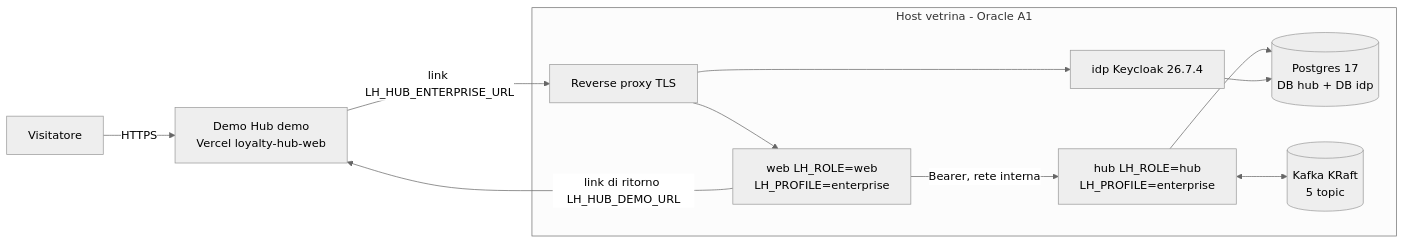
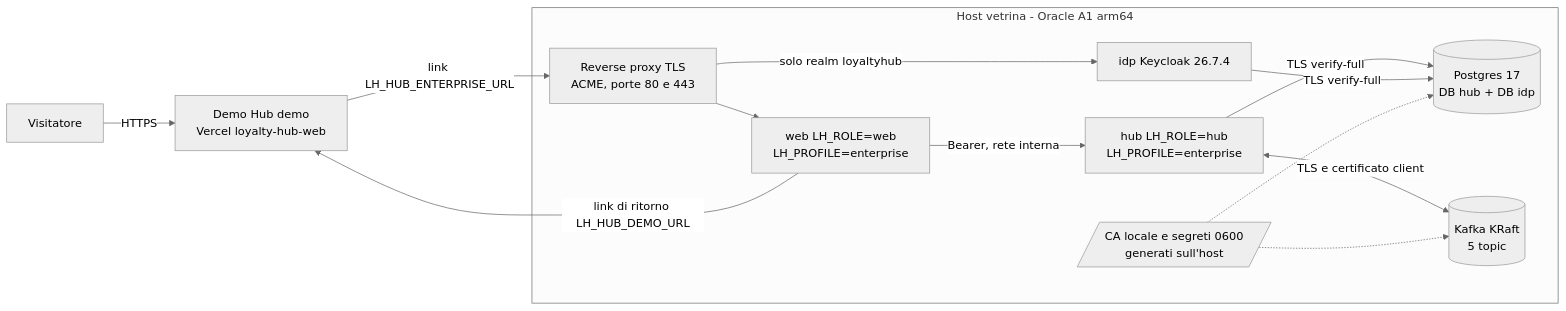
The first of 3 diagrams in concetti/vetrina-enterprise.mdx (peppe-ruv/Loyalty_Sys), drawn with Mermaid (neutral theme) before and after one commit. The commit also changed other lines of this file and 18 other files, not shown here.

First line of the commit message:
feat(deploy): overlay vetrina del compose di riferimento [F2-DIST-03, F2-DIST-09, ADR-049, Q-616, Q-620, Q-621, Q-624]

````diff
--- a/concetti/vetrina-enterprise.mdx
+++ b/concetti/vetrina-enterprise.mdx
@@ -21,16 +21,18 @@
 ```mermaid
 flowchart LR
   accTitle: Vetrina enterprise ospitata
-  accDescr: Il Demo Hub su Vercel collega la vetrina enterprise, che gira su un solo host con reverse proxy TLS, web, hub, Keycloak, Postgres e Kafka propri.
+  accDescr: Il Demo Hub su Vercel collega la vetrina enterprise, che gira su un solo host arm64. Solo il reverse proxy TLS con certificati ACME è esposto; inoltra al web e al solo realm di Keycloak. Hub e Keycloak parlano con Postgres in TLS verificato e l'hub con Kafka in TLS con certificato del client, firmati da una CA locale generata sull'host.
   V[Visitatore] -->|HTTPS| DH[Demo Hub demo<br/>Vercel loyalty-hub-web]
   DH -->|link LH_HUB_ENTERPRISE_URL| RP
-  subgraph VM[Host vetrina - Oracle A1]
-    RP[Reverse proxy TLS] --> W[web LH_ROLE=web<br/>LH_PROFILE=enterprise]
-    RP --> K[idp Keycloak 26.7.4]
+  subgraph VM[Host vetrina - Oracle A1 arm64]
+    RP[Reverse proxy TLS<br/>ACME, porte 80 e 443] --> W[web LH_ROLE=web<br/>LH_PROFILE=enterprise]
+    RP -->|solo realm loyaltyhub| K[idp Keycloak 26.7.4]
     W -->|Bearer, rete interna| H[hub LH_ROLE=hub<br/>LH_PROFILE=enterprise]
-    H --> PG[(Postgres 17<br/>DB hub + DB idp)]
-    K --> PG
-    H <--> KF[(Kafka KRaft<br/>5 topic)]
+    H -->|TLS verify-full| PG[(Postgres 17<br/>DB hub + DB idp)]
+    K -->|TLS verify-full| PG
+    H <-->|TLS e certificato client| KF[(Kafka KRaft<br/>5 topic)]
+    CA[/CA locale e segreti 0600<br/>generati sull'host/] -.-> PG
+    CA -.-> KF
   end
   W -->|link di ritorno LH_HUB_DEMO_URL| DH
 ```
````
